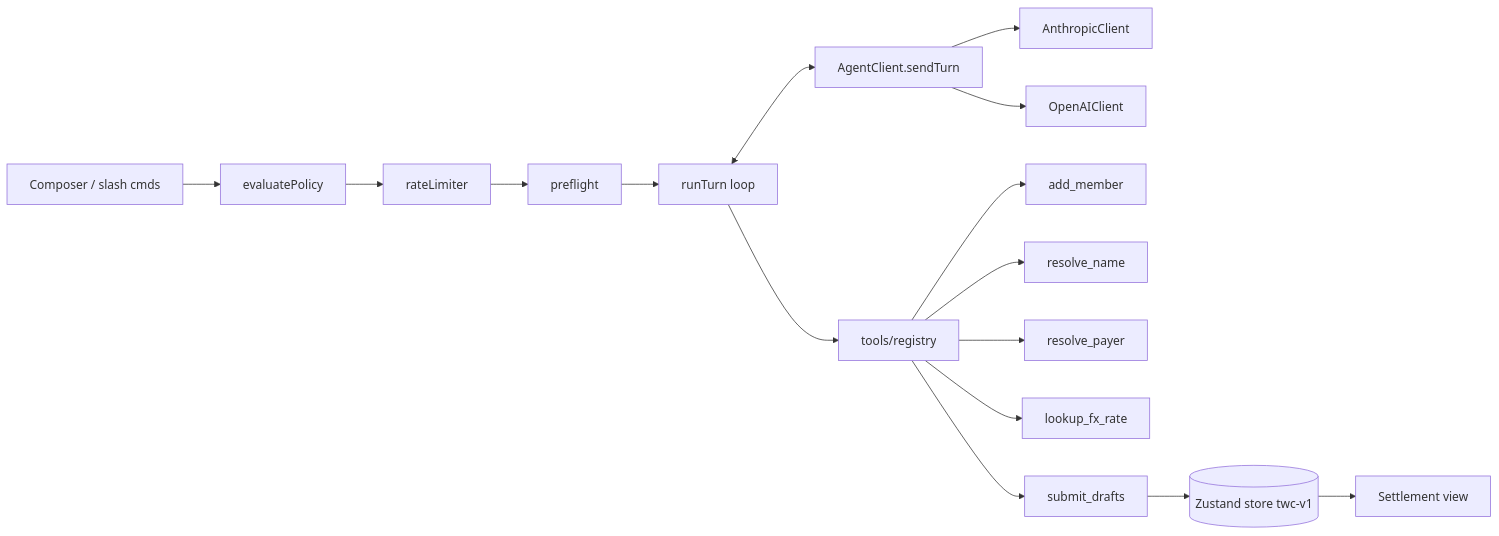
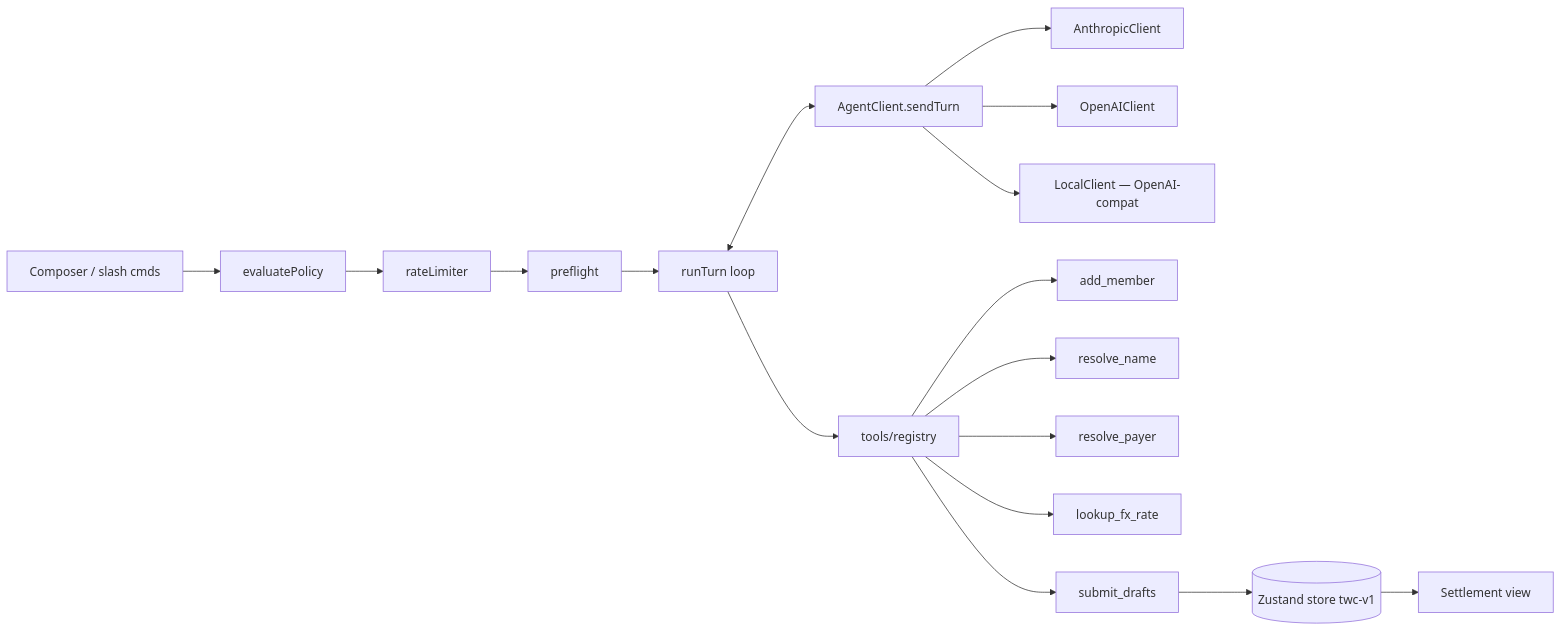
One commit to randyharrogates/twc changed the diagram in README.md. Above: the diagram before and after it, drawn with Mermaid. The commit also changed other lines of this file and 26 other files, not shown here.

First line of the commit message:
feat(llm): add 'local' provider backed by any OpenAI-compatible server

````diff
--- a/README.md
+++ b/README.md
@@ -198,27 +205,29 @@
 ```mermaid
 flowchart LR
   Composer[Composer / slash cmds]
   Policy[evaluatePolicy]
   RL[rateLimiter]
   PF[preflight]
   RT[runTurn loop]
   AC[AgentClient.sendTurn]
   A[AnthropicClient]
   O[OpenAIClient]
+  L[LocalClient — OpenAI-compat]
   TR[tools/registry]
   T1[add_member]
   T2[resolve_name]
   T3[resolve_payer]
   T4[lookup_fx_rate]
   T5[submit_drafts]
   Store[(Zustand store twc-v1)]
   Settle[Settlement view]
 
   Composer --> Policy --> RL --> PF --> RT
   RT <--> AC
   AC --> A
   AC --> O
+  AC --> L
   RT --> TR
   TR --> T1 & T2 & T3 & T4 & T5
   T5 --> Store --> Settle
 ```
````
